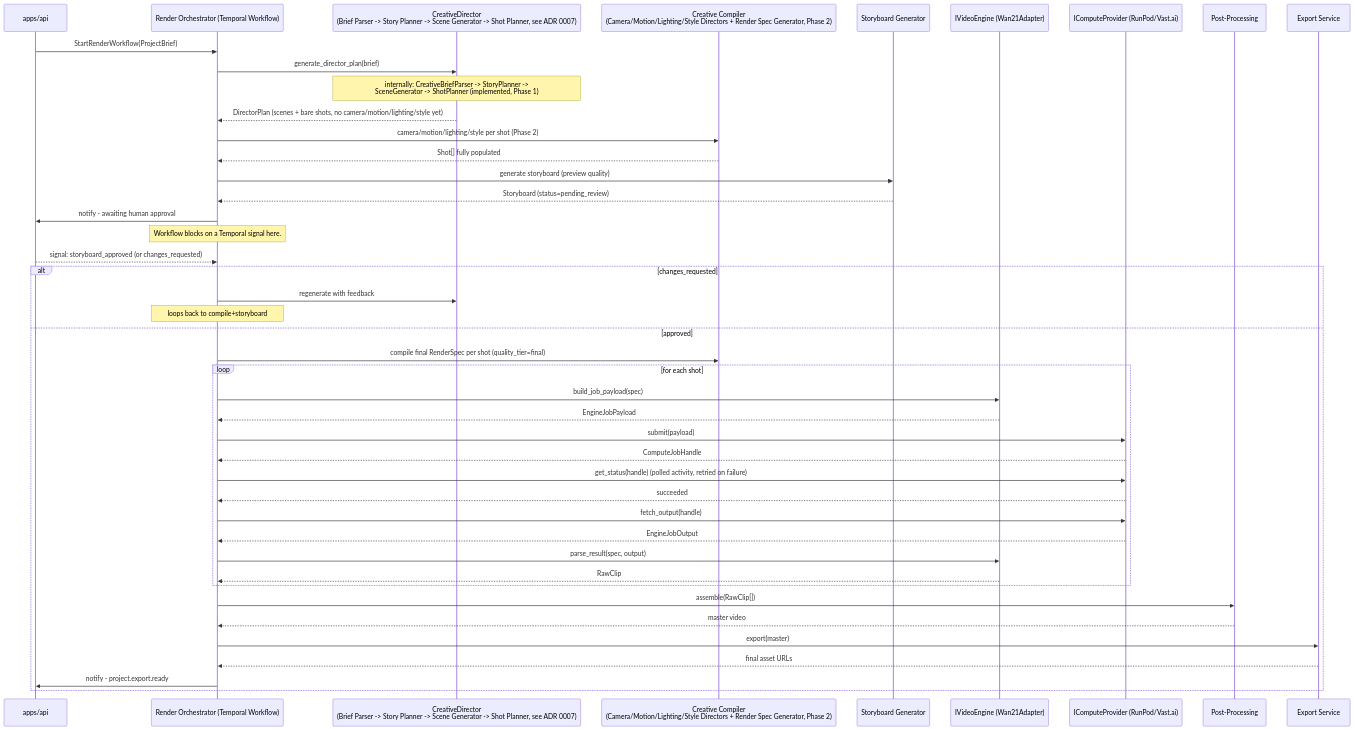
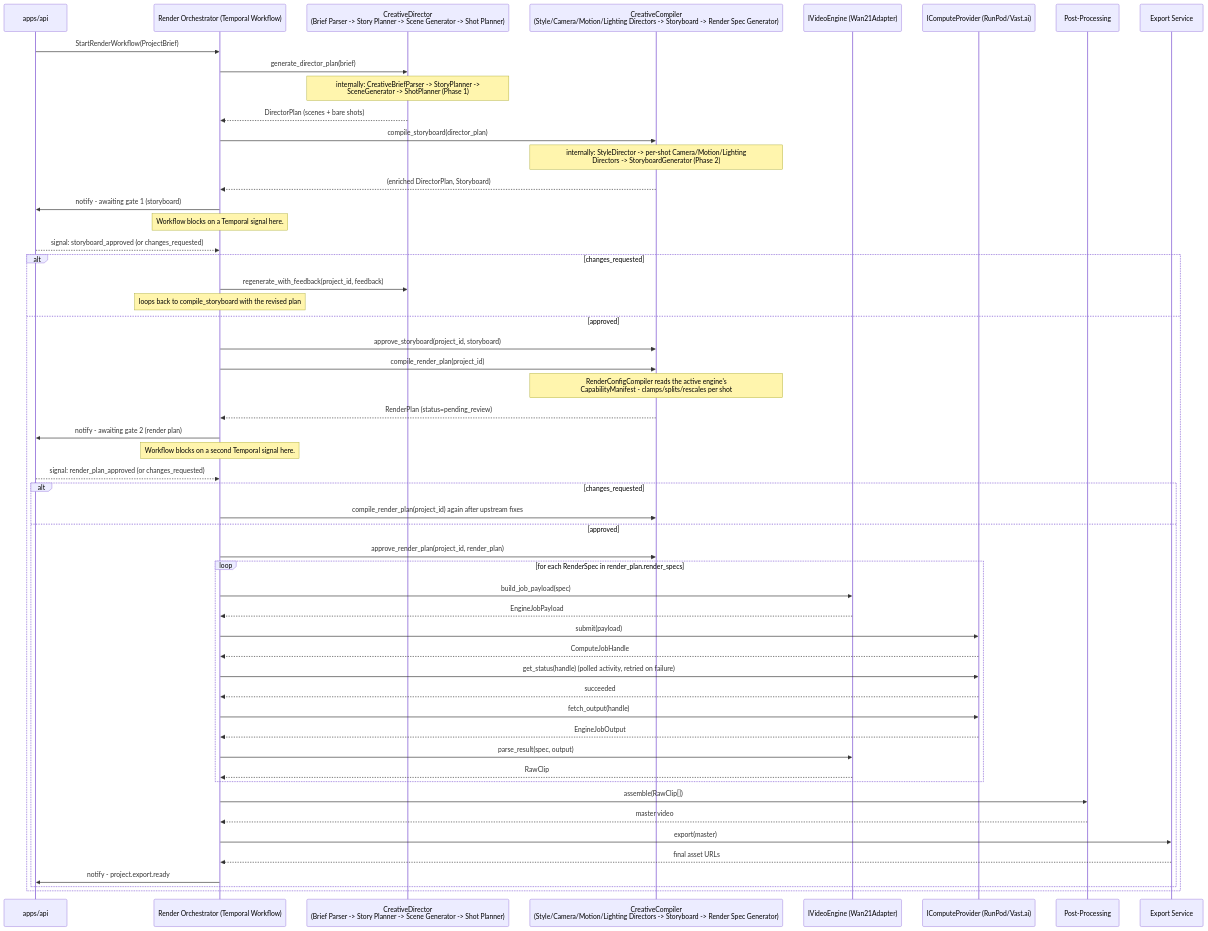
The diagram in docs/workflows/ai-director-workflow.md (Y1X0/sallehly-ai-engine), drawn with Mermaid before and after one commit. The commit also changed other lines of this file and 36 other files, not shown here.

First line of the commit message:
Phase 2: Creative Compiler (Camera/Motion/Lighting/Style Directors, Storyboard Generator, Render Specification Generator)

````diff
--- a/docs/workflows/ai-director-workflow.md
+++ b/docs/workflows/ai-director-workflow.md
@@ -9,47 +14,59 @@
 ```mermaid
 sequenceDiagram
     participant API as apps/api
     participant WF as Render Orchestrator (Temporal Workflow)
-    participant DIR as CreativeDirector<br/>(Brief Parser -> Story Planner -> Scene Generator -> Shot Planner, see ADR 0007)
-    participant CC as Creative Compiler<br/>(Camera/Motion/Lighting/Style Directors + Render Spec Generator, Phase 2)
-    participant SBG as Storyboard Generator
+    participant DIR as CreativeDirector<br/>(Brief Parser -> Story Planner -> Scene Generator -> Shot Planner)
+    participant CC as CreativeCompiler<br/>(Style/Camera/Motion/Lighting Directors -> Storyboard -> Render Spec Generator)
     participant ENG as IVideoEngine (Wan21Adapter)
     participant CMP as IComputeProvider (RunPod/Vast.ai)
     participant PP as Post-Processing
     participant EXP as Export Service
 
     API->>WF: StartRenderWorkflow(ProjectBrief)
     WF->>DIR: generate_director_plan(brief)
-    Note over DIR: internally: CreativeBriefParser -> StoryPlanner -><br/>SceneGenerator -> ShotPlanner (implemented, Phase 1)
-    DIR-->>WF: DirectorPlan (scenes + bare shots, no camera/motion/lighting/style yet)
-    WF->>CC: camera/motion/lighting/style per shot (Phase 2)
-    CC-->>WF: Shot[] fully populated
-    WF->>SBG: generate storyboard (preview quality)
-    SBG-->>WF: Storyboard (status=pending_review)
-    WF->>API: notify - awaiting human approval
+    Note over DIR: internally: CreativeBriefParser -> StoryPlanner -><br/>SceneGenerator -> ShotPlanner (Phase 1)
+    DIR-->>WF: DirectorPlan (scenes + bare shots)
+
+    WF->>CC: compile_storyboard(director_plan)
+    Note over CC: internally: StyleDirector -> per-shot Camera/Motion/Lighting<br/>Directors -> StoryboardGenerator (Phase 2)
+    CC-->>WF: (enriched DirectorPlan, Storyboard)
+    WF->>API: notify - awaiting gate 1 (storyboard)
     Note over WF: Workflow blocks on a Temporal signal here.
     API-->>WF: signal: storyboard_approved (or changes_requested)
+
     alt changes_requested
-        WF->>DIR: regenerate with feedback
-        Note over WF: loops back to compile+storyboard
+        WF->>DIR: regenerate_with_feedback(project_id, feedback)
+        Note over WF: loops back to compile_storyboard with the revised plan
     else approved
-        WF->>CC: compile final RenderSpec per shot (quality_tier=final)
-        loop for each shot
-            WF->>ENG: build_job_payload(spec)
-            ENG-->>WF: EngineJobPayload
-            WF->>CMP: submit(payload)
-            CMP-->>WF: ComputeJobHandle
-            WF->>CMP: get_status(handle) (polled activity, retried on failure)
-            CMP-->>WF: succeeded
-            WF->>CMP: fetch_output(handle)
-            CMP-->>WF: EngineJobOutput
-            WF->>ENG: parse_result(spec, output)
-            ENG-->>WF: RawClip
+        WF->>CC: approve_storyboard(project_id, storyboard)
+        WF->>CC: compile_render_plan(project_id)
+        Note over CC: RenderConfigCompiler reads the active engine's<br/>CapabilityManifest - clamps/splits/rescales per shot
+        CC-->>WF: RenderPlan (status=pending_review)
+        WF->>API: notify - awaiting gate 2 (render plan)
+        Note over WF: Workflow blocks on a second Temporal signal here.
+        API-->>WF: signal: render_plan_approved (or changes_requested)
+
+        alt changes_requested
+            WF->>CC: compile_render_plan(project_id) again after upstream fixes
+        else approved
+            WF->>CC: approve_render_plan(project_id, render_plan)
+            loop for each RenderSpec in render_plan.render_specs
+                WF->>ENG: build_job_payload(spec)
+                ENG-->>WF: EngineJobPayload
+                WF->>CMP: submit(payload)
+                CMP-->>WF: ComputeJobHandle
+                WF->>CMP: get_status(handle) (polled activity, retried on failure)
+                CMP-->>WF: succeeded
+                WF->>CMP: fetch_output(handle)
+                CMP-->>WF: EngineJobOutput
+                WF->>ENG: parse_result(spec, output)
+                ENG-->>WF: RawClip
+            end
+            WF->>PP: assemble(RawClip[])
+            PP-->>WF: master video
+            WF->>EXP: export(master)
+            EXP-->>WF: final asset URLs
+            WF->>API: notify - project.export.ready
         end
-        WF->>PP: assemble(RawClip[])
-        PP-->>WF: master video
-        WF->>EXP: export(master)
-        EXP-->>WF: final asset URLs
-        WF->>API: notify - project.export.ready
     end
 ```
````
